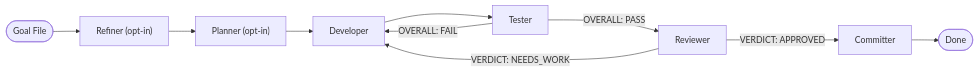
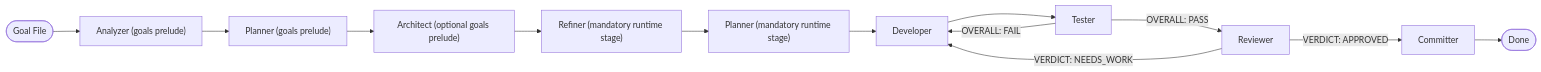
One commit to hjhun/dormammu changed the sixth of 6 diagrams in docs/GUIDE.md. Above: the diagram before and after it, drawn with Mermaid. The commit also changed other lines of this file and 17 other files, not shown here.

````diff
--- a/docs/GUIDE.md
+++ b/docs/GUIDE.md
@@ -839,12 +865,15 @@
 ```mermaid
 flowchart LR
-    goal([Goal File]) --> refiner["Refiner (opt-in)"]
-    refiner --> planner["Planner (opt-in)"]
+    goal([Goal File]) --> analyzer["Analyzer (goals prelude)"]
+    analyzer --> planner_prompt["Planner (goals prelude)"]
+    planner_prompt --> architect["Architect (optional goals prelude)"]
+    architect --> refiner["Refiner (mandatory runtime stage)"]
+    refiner --> planner["Planner (mandatory runtime stage)"]
     planner --> dev[Developer]
     dev --> tester[Tester]
     tester -- "OVERALL: FAIL" --> dev
     tester -- "OVERALL: PASS" --> reviewer[Reviewer]
     reviewer -- "VERDICT: NEEDS_WORK" --> dev
     reviewer -- "VERDICT: APPROVED" --> committer[Committer]
     committer --> done([Done])
 ```
````
